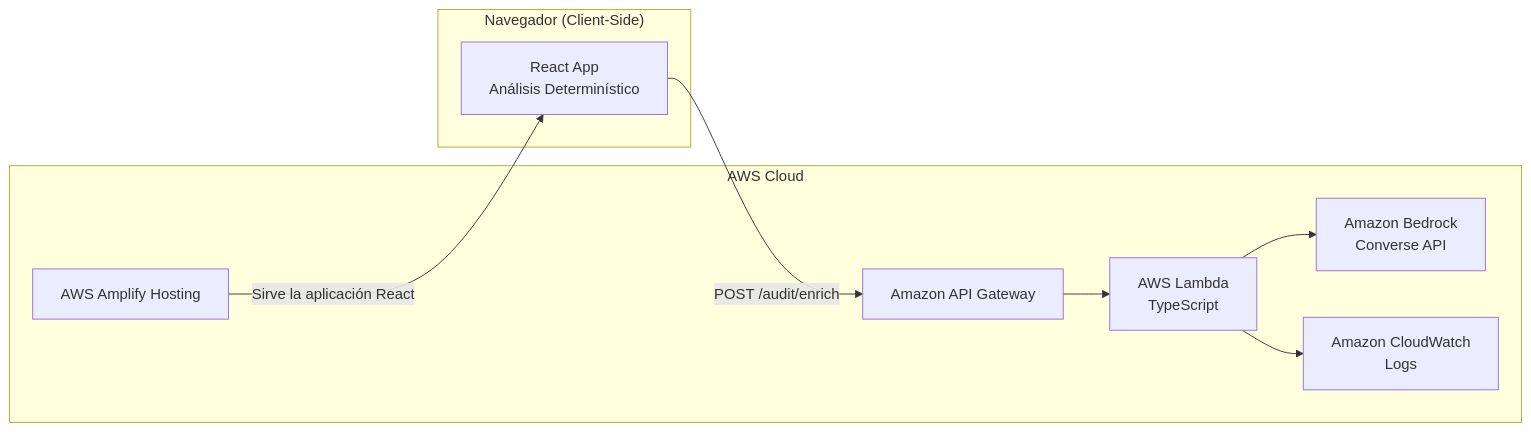
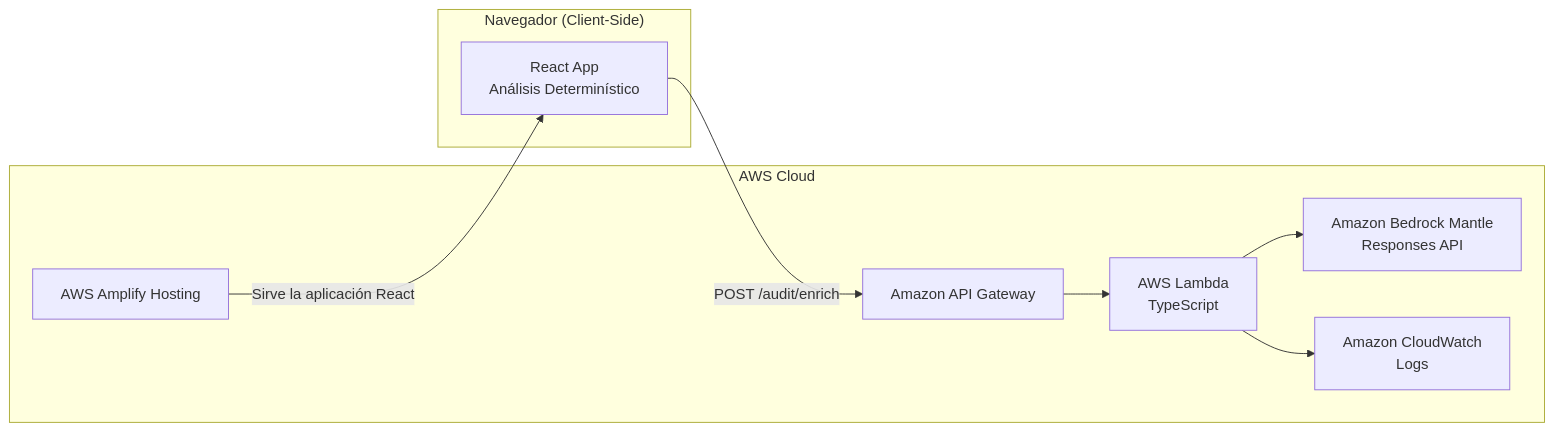
Before and after one commit to JuanPa-Portugal/pipeline-risk-auditor: the first of 2 diagrams in .kiro/specs/pipeline-risk-auditor/design.md, drawn with Mermaid. The commit also changed other lines of this file, not shown here.

Commit message:
docs: alinear diseño con Bedrock Mantle

````diff
--- a/.kiro/specs/pipeline-risk-auditor/design.md
+++ b/.kiro/specs/pipeline-risk-auditor/design.md
@@ -42,20 +42,20 @@
 ```mermaid
 graph LR
     subgraph "AWS Cloud"
         B[AWS Amplify Hosting]
         C[Amazon API Gateway]
         D[AWS Lambda<br/>TypeScript]
-        E[Amazon Bedrock<br/>Converse API]
+        E[Amazon Bedrock Mantle<br/>Responses API]
         F[Amazon CloudWatch<br/>Logs]
     end
 
     subgraph "Navegador (Client-Side)"
         A[React App<br/>Análisis Determinístico]
     end
 
     B -->|"Sirve la aplicación React"| A
     A -->|"POST /audit/enrich"| C
     C --> D
     D --> E
     D --> F
 ```
````
